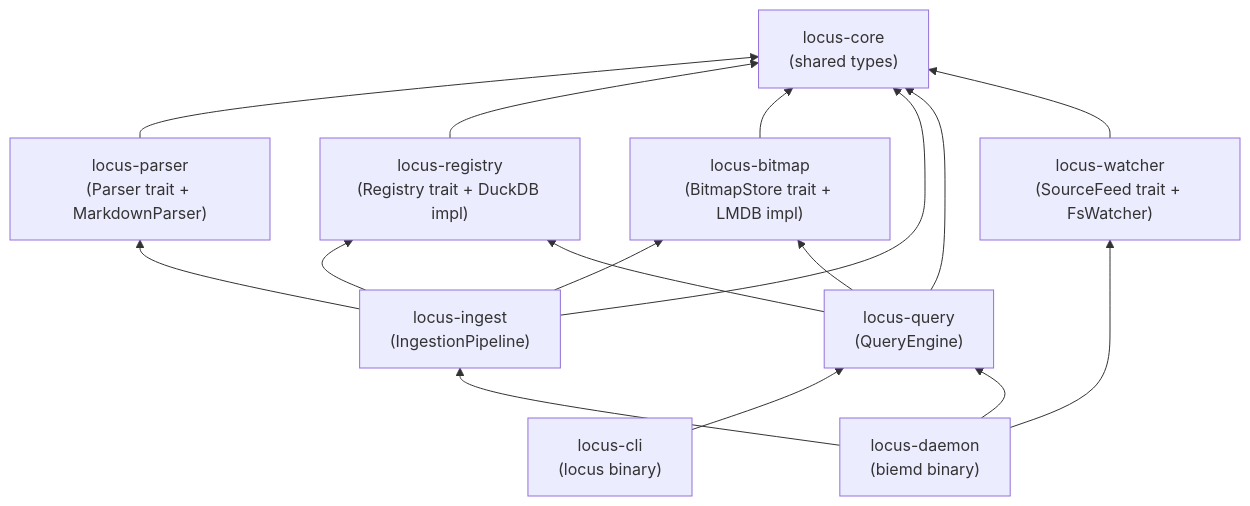
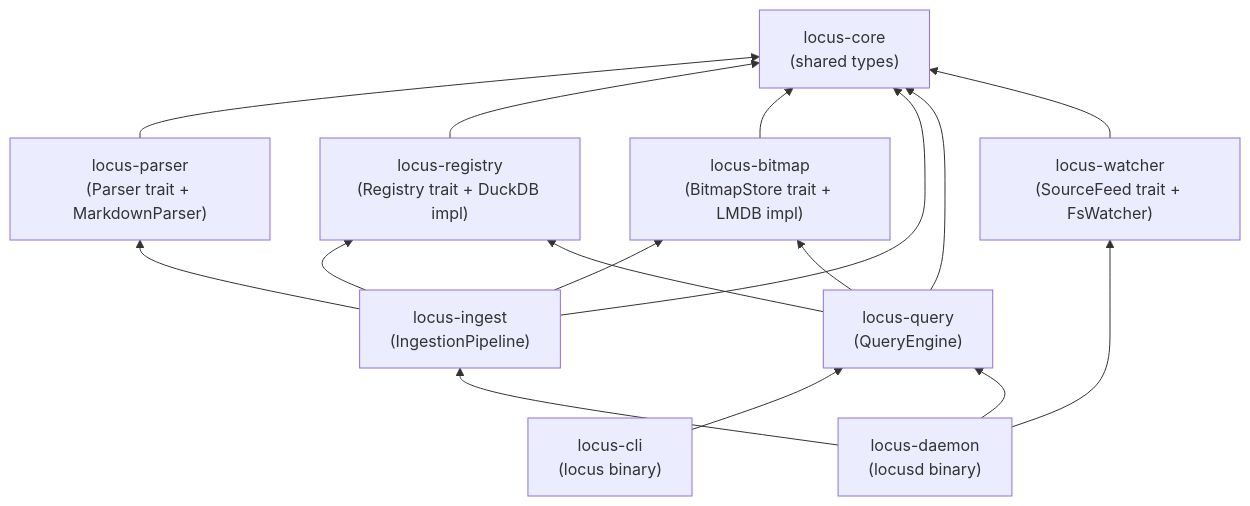
One commit to locusd-ai/locus changed the fourth of 4 diagrams in docs/architecture/003-contracts.md. Above: the diagram before and after it, drawn with Mermaid. The commit also changed other lines of this file and 21 other files, not shown here.

````diff
--- a/docs/architecture/003-contracts.md
+++ b/docs/architecture/003-contracts.md
@@ -1081,28 +1081,28 @@
 ```mermaid
 graph BT
     CORE["locus-core<br/>(shared types)"]
     PARSER["locus-parser<br/>(Parser trait + MarkdownParser)"]
     REG["locus-registry<br/>(Registry trait + DuckDB impl)"]
     BITMAP["locus-bitmap<br/>(BitmapStore trait + LMDB impl)"]
     INGEST["locus-ingest<br/>(IngestionPipeline)"]
     QUERY["locus-query<br/>(QueryEngine)"]
     WATCH["locus-watcher<br/>(SourceFeed trait + FsWatcher)"]
     CLI["locus-cli<br/>(locus binary)"]
-    DAEMON["locus-daemon<br/>(biemd binary)"]
+    DAEMON["locus-daemon<br/>(locusd binary)"]
 
     PARSER --> CORE
     REG --> CORE
     BITMAP --> CORE
     INGEST --> CORE
     INGEST --> PARSER
     INGEST --> REG
     INGEST --> BITMAP
     QUERY --> CORE
     QUERY --> REG
     QUERY --> BITMAP
     WATCH --> CORE
     CLI --> QUERY
     DAEMON --> QUERY
     DAEMON --> INGEST
     DAEMON --> WATCH
 ```
````
